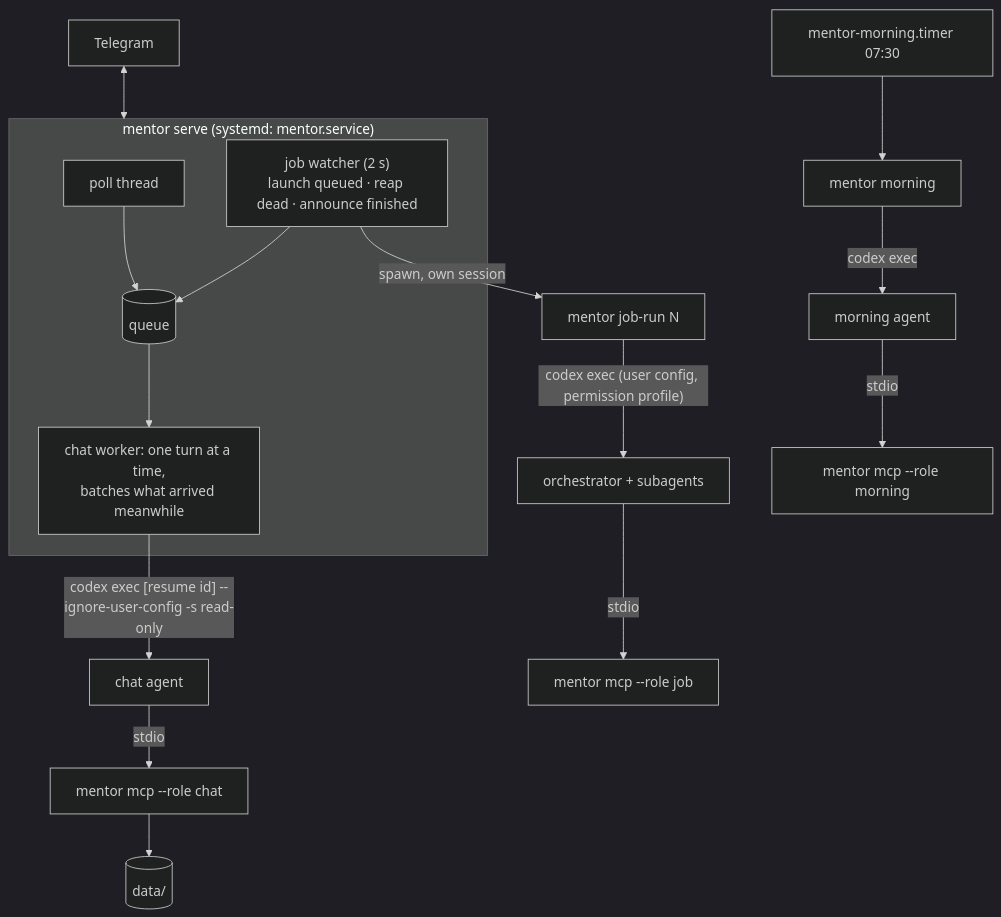
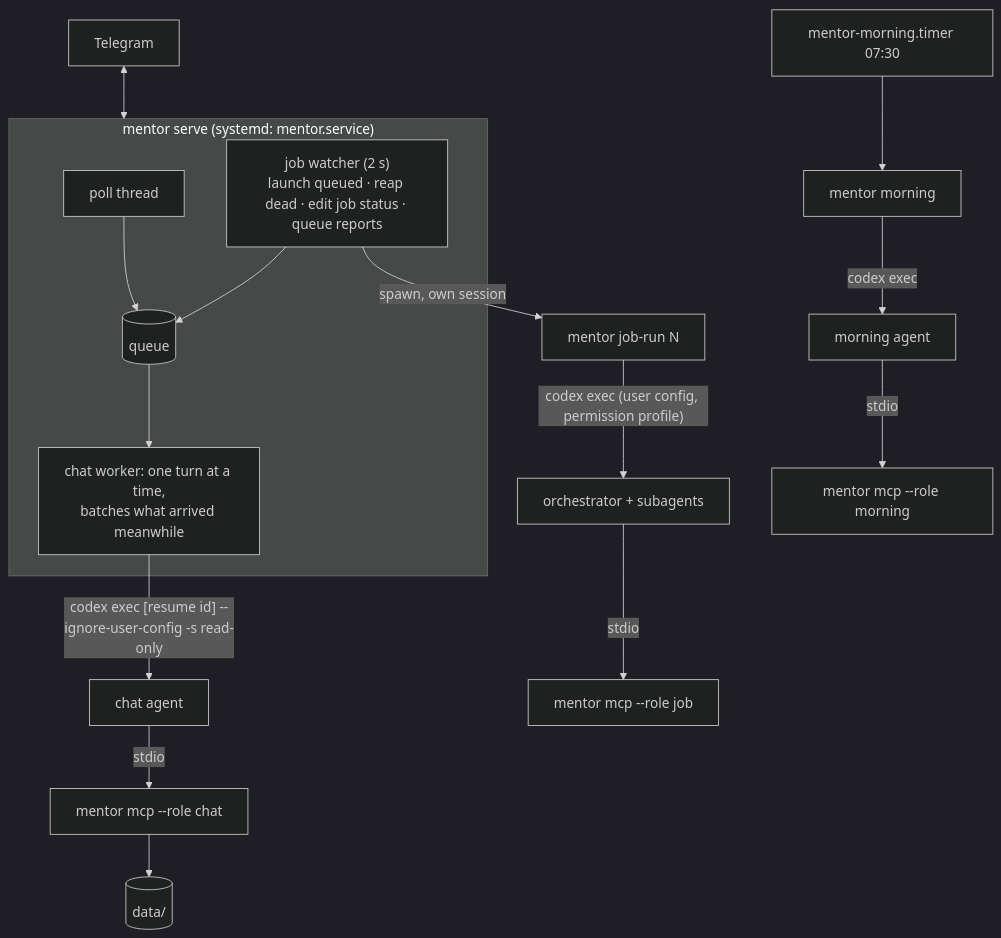
The diagram in docs/ARCHITECTURE.md (vovka/mentor-bot), drawn with Mermaid (dark theme) before and after one commit. The commit also changed other lines of this file and 11 other files, not shown here.

````diff
--- a/docs/ARCHITECTURE.md
+++ b/docs/ARCHITECTURE.md
@@ -8,17 +8,17 @@
 ```mermaid
 flowchart TB
   TG[Telegram] <--> SERVE
   subgraph SERVE["mentor serve (systemd: mentor.service)"]
     POLL[poll thread] --> INBOX[(queue)]
-    WATCH["job watcher (2 s)<br/>launch queued · reap dead · announce finished"] --> INBOX
+    WATCH["job watcher (2 s)<br/>launch queued · reap dead · edit job status · queue reports"] --> INBOX
     INBOX --> WORKER["chat worker: one turn at a time,<br/>batches what arrived meanwhile"]
   end
   WORKER -- "codex exec [resume id] --ignore-user-config -s read-only" --> CHAT[chat agent]
   CHAT -- stdio --> MCP1["mentor mcp --role chat"]
   MCP1 --> DATA[(data/)]
   WATCH -- "spawn, own session" --> RUN["mentor job-run N"]
   RUN -- "codex exec (user config, permission profile)" --> JOB[orchestrator + subagents]
   JOB -- stdio --> MCP2["mentor mcp --role job"]
   TIMER["mentor-morning.timer 07:30"] --> MORN["mentor morning"] -- "codex exec" --> MA[morning agent]
   MA -- stdio --> MCP3["mentor mcp --role morning"]
 ```
````
